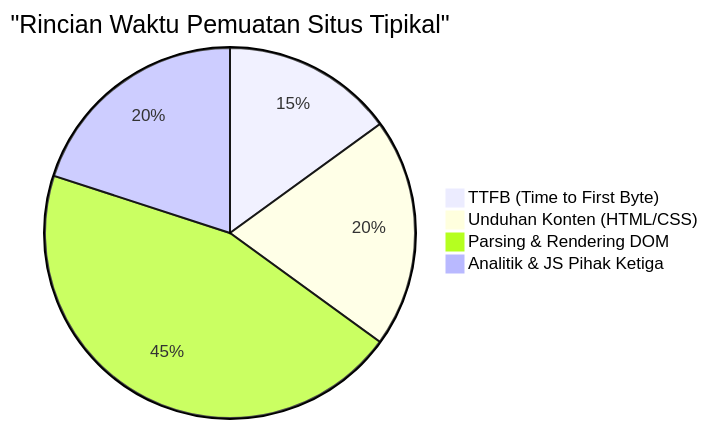
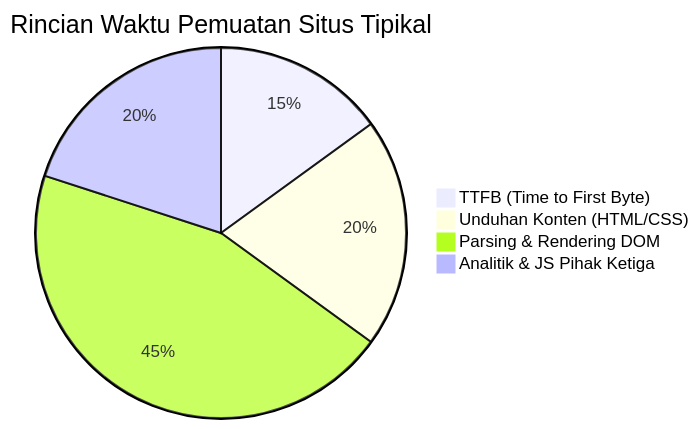
The third of 3 diagrams in content/post/hugo_hosting/index.id.md (kenjinote/blog), drawn with Mermaid before and after one commit. The commit also changed other lines of this file and 703 other files, not shown here.

Commit message:
Fix: Remove quotes from Mermaid link texts and timeline definitions to support Mermaid 11.4.1

````diff
--- a/content/post/hugo_hosting/index.id.md
+++ b/content/post/hugo_hosting/index.id.md
@@ -218,7 +218,7 @@
 ```mermaid
-pie title "Rincian Waktu Pemuatan Situs Tipikal"
+pie title Rincian Waktu Pemuatan Situs Tipikal
     "TTFB (Time to First Byte)" : 15
     "Unduhan Konten (HTML/CSS)" : 20
     "Parsing & Rendering DOM" : 45
     "Analitik & JS Pihak Ketiga" : 20
 ```
````
